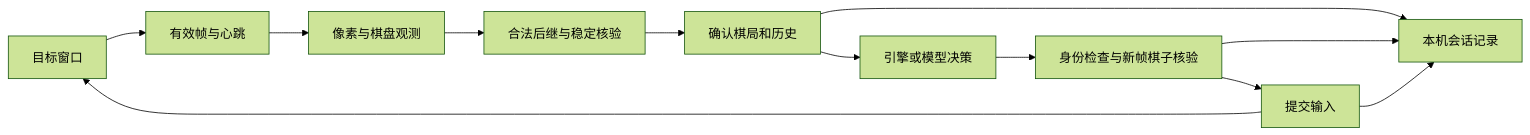
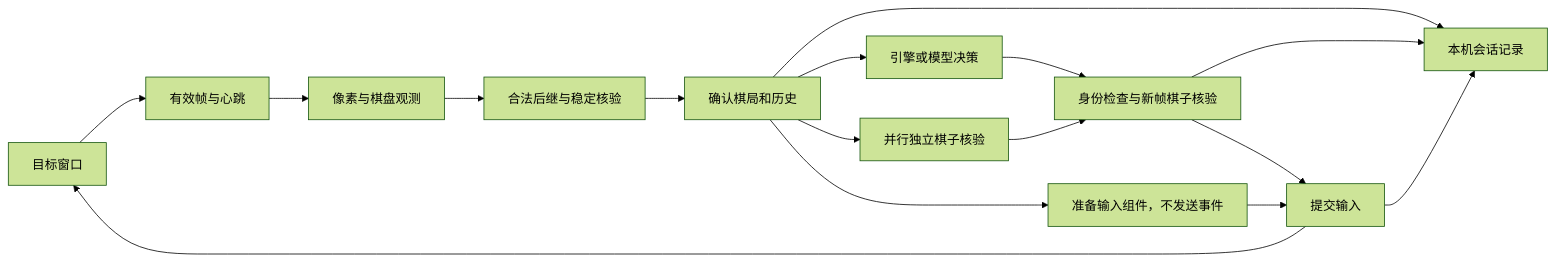
One commit to PaddiSoft/PaddiChess changed the second of 2 diagrams in docs/architecture.md. Above: the diagram before and after it, drawn with Mermaid (forest theme). The commit also changed other lines of this file and 11 other files, not shown here.

Commit message:
Prepare takeover verification and native input during search

````diff
--- a/docs/architecture.md
+++ b/docs/architecture.md
@@ -72,14 +72,18 @@
 ```mermaid
 flowchart LR
   Target[目标窗口] --> Capture[有效帧与心跳]
   Capture --> Observe[像素与棋盘观测]
   Observe --> Sync[合法后继与稳定核验]
   Sync --> Commit[确认棋局和历史]
   Commit --> Decide[引擎或模型决策]
+  Commit --> Identity[并行独立棋子核验]
+  Commit --> Prepare[准备输入组件，不发送事件]
   Decide --> Verify[身份检查与新帧棋子核验]
+  Identity --> Verify
   Verify --> Input[提交输入]
+  Prepare --> Input
   Input --> Target
   Commit --> History[本机会话记录]
   Verify --> History
   Input --> History
 ```
````
